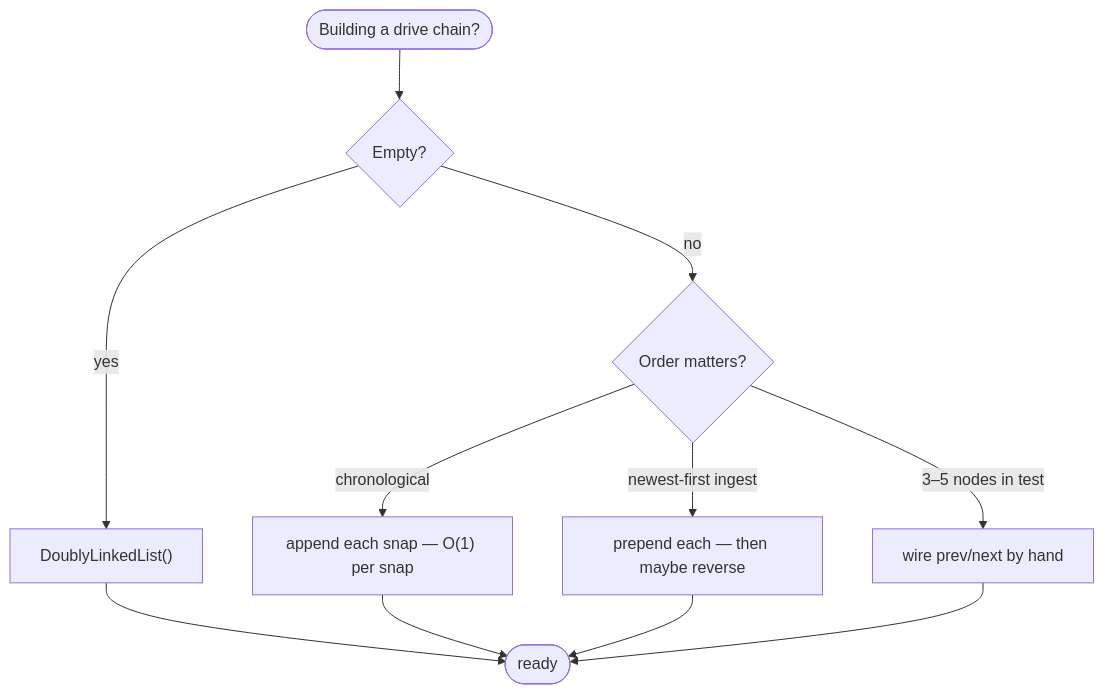
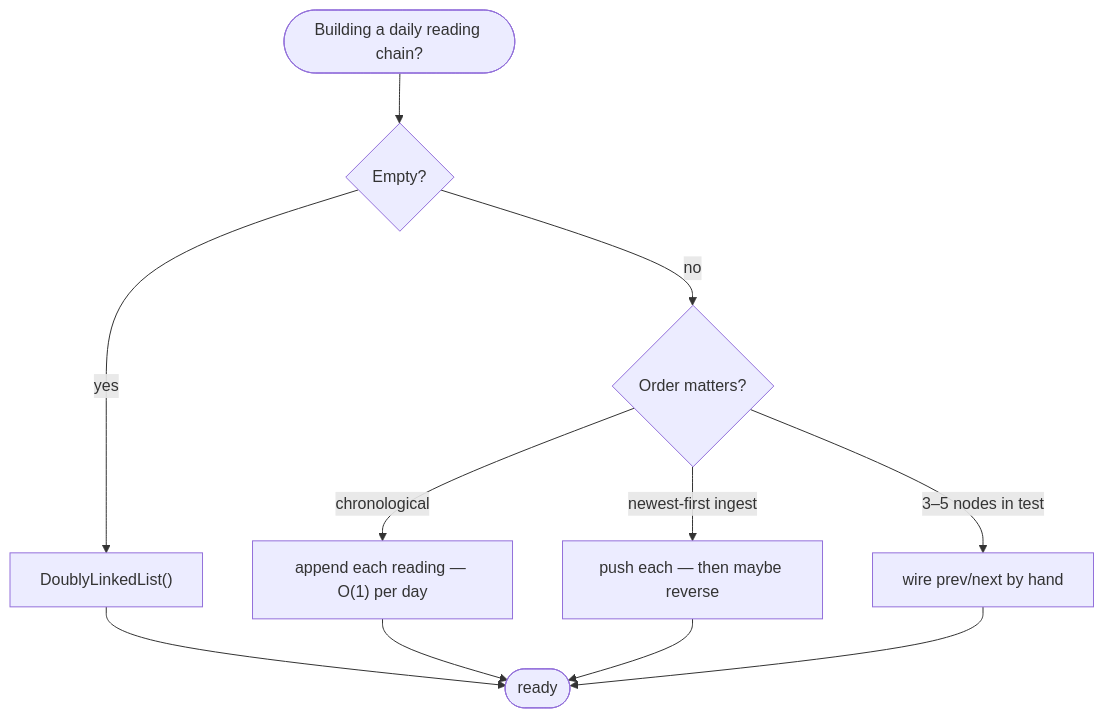
Before and after one commit to qgjones9/python-programming-guide: the fourth of 10 diagrams in docs/dsa/data-structures/doubly-linked-list/index.md, drawn with Mermaid. The commit also changed other lines of this file and 6 other files, not shown here.

````diff
--- a/docs/dsa/data-structures/doubly-linked-list/index.md
+++ b/docs/dsa/data-structures/doubly-linked-list/index.md
@@ -262,14 +257,14 @@
 ```mermaid
 flowchart TD
-  Start([Building a drive chain?])
+  Start([Building a daily reading chain?])
   Start --> Empty{Empty?}
   Empty -->|yes| E["DoublyLinkedList()"]
   Empty -->|no| Order{Order matters?}
-  Order -->|chronological| Tail["append each snap — O(1) per snap"]
-  Order -->|newest-first ingest| Head["prepend each — then maybe reverse"]
+  Order -->|chronological| Tail["append each reading — O(1) per day"]
+  Order -->|newest-first ingest| Head["push each — then maybe reverse"]
   Order -->|3–5 nodes in test| Manual["wire prev/next by hand"]
   E --> Done([ready])
   Tail --> Done
   Head --> Done
   Manual --> Done
 ```
````
